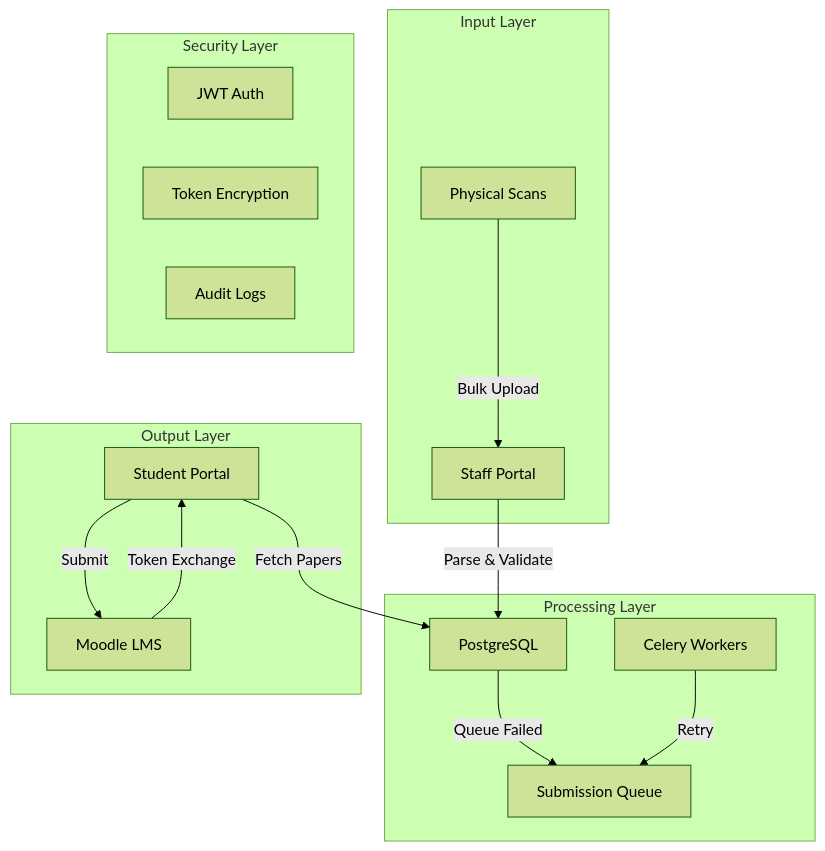
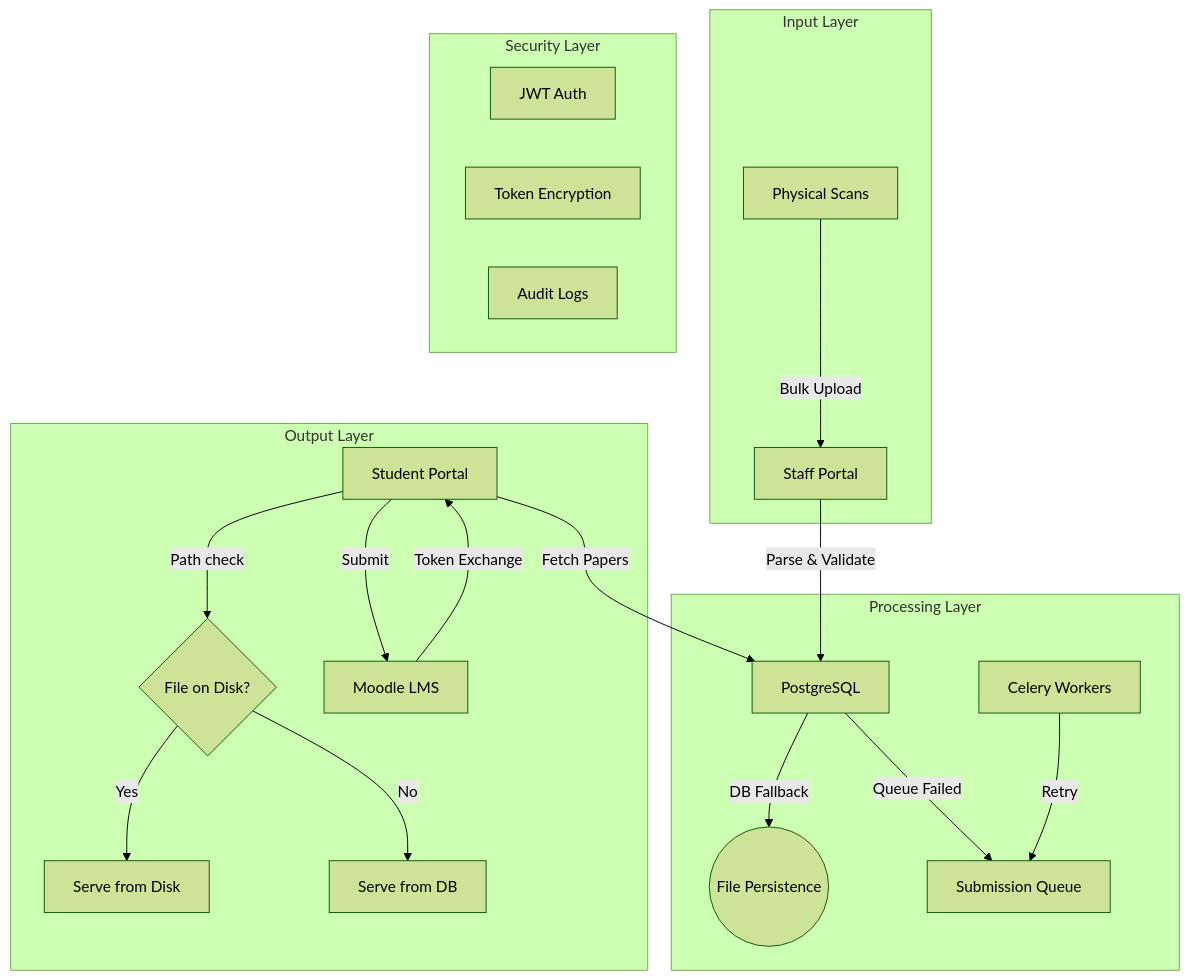
Before and after one commit to d-kavinraja/Intelligent-Examination-Submission-Framework-for-LMS: the first of 3 diagrams in readme.md, drawn with Mermaid (forest theme). The commit also changed other lines of this file, not shown here.

````diff
--- a/readme.md
+++ b/readme.md
@@ -164,24 +164,28 @@
 ```mermaid
 graph TB
     subgraph "Input Layer"
         A[Physical Scans] -->|Bulk Upload| B[Staff Portal]
     end
     
     subgraph "Processing Layer"
         B -->|Parse & Validate| C[PostgreSQL]
+        C -->|DB Fallback| K((File Persistence))
         C -->|Queue Failed| D[Submission Queue]
         E[Celery Workers] -->|Retry| D
     end
     
     subgraph "Output Layer"
-        F[Student Portal] -->|Fetch Papers| C
+        F[Student Portal] -->|Path check| L{File on Disk?}
+        L -->|Yes| M[Serve from Disk]
+        L -->|No| N[Serve from DB]
+        F -->|Fetch Papers| C
         F -->|Submit| G[Moodle LMS]
         G -->|Token Exchange| F
     end
     
     subgraph "Security Layer"
         H[JWT Auth]
         I[Token Encryption]
         J[Audit Logs]
     end
 ```
````
